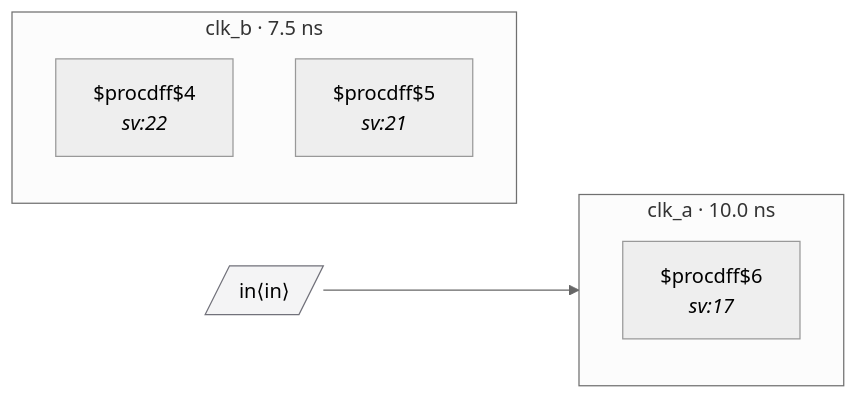
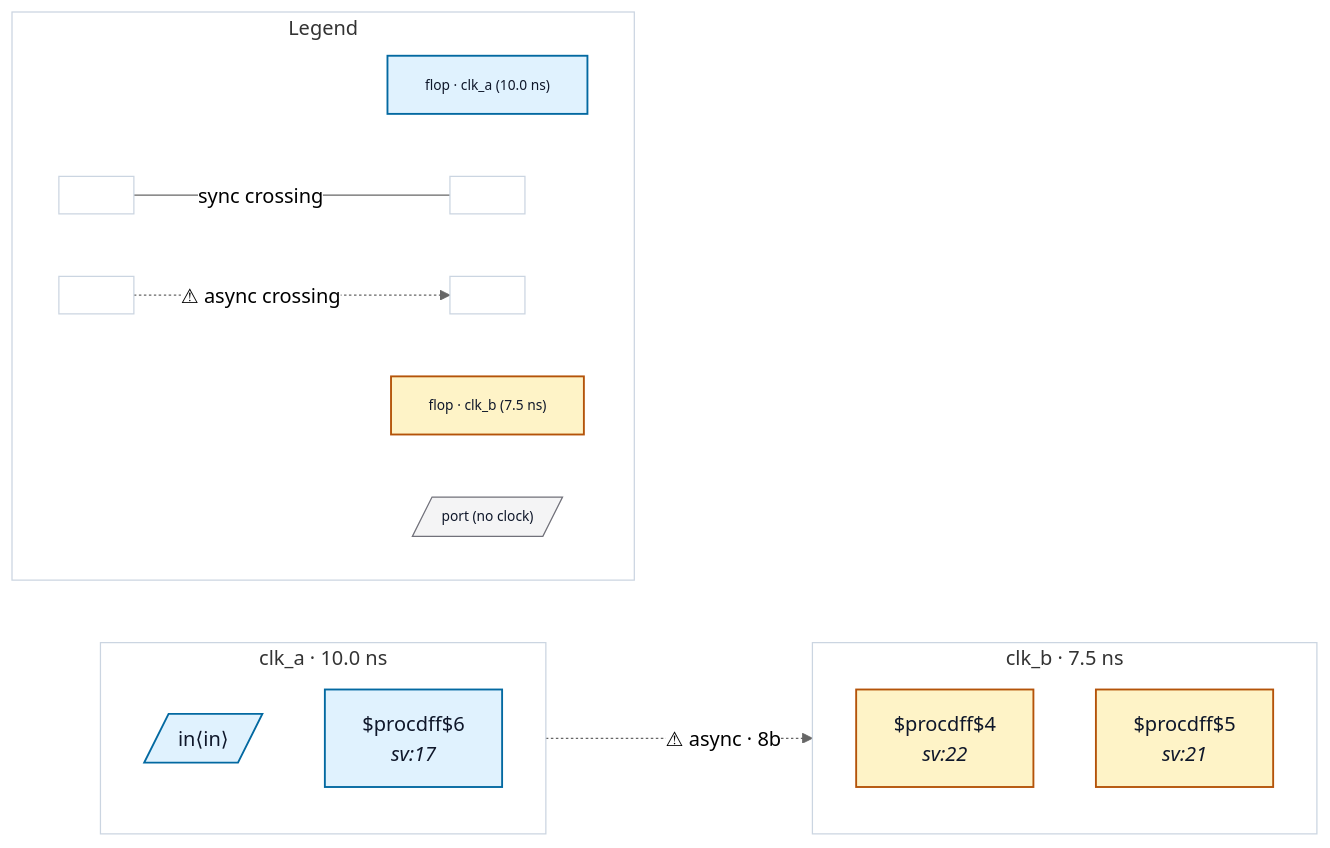
One commit to rtl-buddy/rtl-buddy-cdc changed the diagram in tests/fixtures/bad_typed_port_bus_crossing/README.md. Above: the diagram before and after it, drawn with Mermaid (neutral theme). The commit also changed 71 other files, not shown here.

First line of the commit message:
Refresh fixture READMEs + render iterations (colors, legend, nested ports, clock-net edges)

````diff
--- a/tests/fixtures/bad_typed_port_bus_crossing/README.md
+++ b/tests/fixtures/bad_typed_port_bus_crossing/README.md
@@ -16,16 +16,41 @@
 ```mermaid
 %% bad_typed_port_bus_crossing — generated by rtl-buddy-cdc render
 flowchart LR
   subgraph clk_clk_a["clk_a · 10.0 ns"]
     direction TB
-    f_27848af3["$procdff$6<br/><i>sv:17</i>"]
+    p_in_in[/"in⟨in⟩"/]:::ckcls_clk_a
+    f_27848af3["$procdff$6<br/><i>sv:17</i>"]:::ckcls_clk_a
   end
   subgraph clk_clk_b["clk_b · 7.5 ns"]
     direction TB
-    f_01087a59["$procdff$4<br/><i>sv:22</i>"]
-    f_cf91f47d["$procdff$5<br/><i>sv:21</i>"]
+    f_01087a59["$procdff$4<br/><i>sv:22</i>"]:::ckcls_clk_b
+    f_cf91f47d["$procdff$5<br/><i>sv:21</i>"]:::ckcls_clk_b
   end
-  p_in_in[/"in⟨in⟩"/]:::port
-  p_in_in --> f_27848af3
-  classDef port fill:#f4f4f5,stroke:#71717a
+  p_in_in -. "⚠ async · 8b" .-> f_cf91f47d
+  subgraph rb_legend["Legend"]
+    direction LR
+    lg_clk_clk_a["flop · clk_a (10.0 ns)"]:::ckcls_clk_a
+    lg_clk_clk_b["flop · clk_b (7.5 ns)"]:::ckcls_clk_b
+    lg_port[/"port (no clock)"/]:::port_unassigned
+    lg_sync_a[" "]:::ckcls_legend_neutral
+    lg_sync_b[" "]:::ckcls_legend_neutral
+    lg_async_a[" "]:::ckcls_legend_neutral
+    lg_async_b[" "]:::ckcls_legend_neutral
+    lg_sync_a --- |"sync crossing"| lg_sync_b
+    lg_async_a -. "⚠ async crossing" .-> lg_async_b
+  end
+  style clk_clk_a fill:none,stroke:#cbd5e1
+  style clk_clk_b fill:none,stroke:#cbd5e1
+  style rb_legend fill:none,stroke:#cbd5e1
+  style lg_clk_clk_a font-size:11px
+  style lg_clk_clk_b font-size:11px
+  style lg_port font-size:11px
+  style lg_sync_a font-size:11px
+  style lg_sync_b font-size:11px
+  style lg_async_a font-size:11px
+  style lg_async_b font-size:11px
+  classDef ckcls_clk_a fill:#e0f2fe,stroke:#0369a1,stroke-width:1.5px,color:#0f172a
+  classDef ckcls_clk_b fill:#fef3c7,stroke:#b45309,stroke-width:1.5px,color:#0f172a
+  classDef port_unassigned fill:#f4f4f5,stroke:#71717a,color:#0f172a
+  classDef ckcls_legend_neutral fill:#ffffff,stroke:#cbd5e1,stroke-width:1px,color:#0f172a
 ```
````
